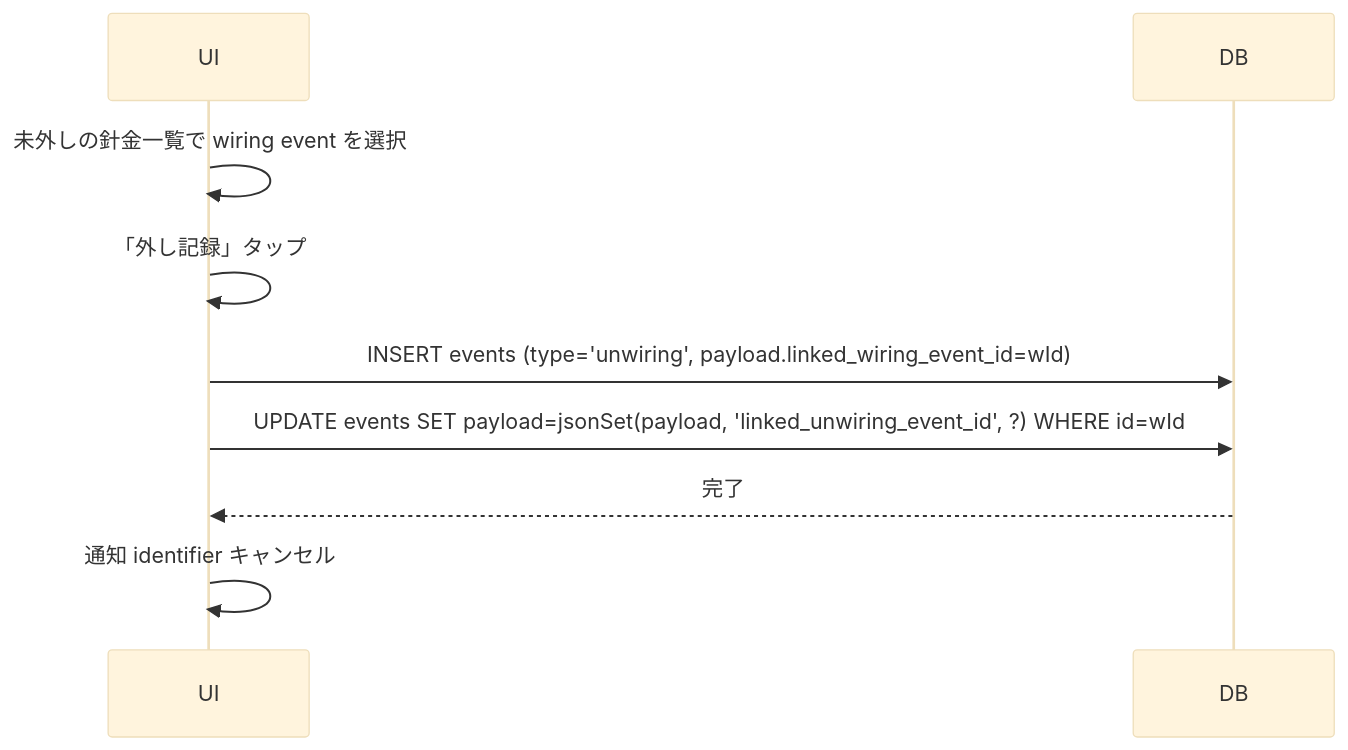
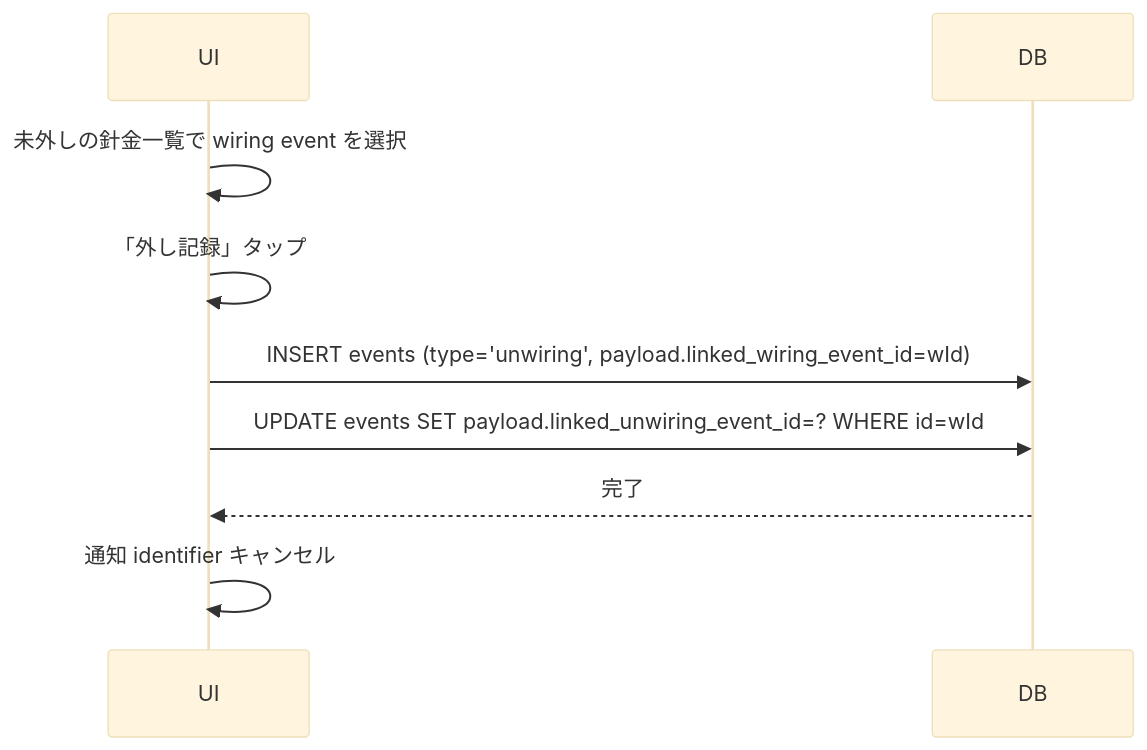
The fifth of 18 diagrams in docs/reference/functional_spec.md (doooooraku/BonsaiLog), drawn with Mermaid (base theme) before and after one commit. The commit also changed other lines of this file and 5 other files, not shown here.

````diff
--- a/docs/reference/functional_spec.md
+++ b/docs/reference/functional_spec.md
@@ -1253,11 +865,11 @@
 ```mermaid
 sequenceDiagram
   participant UI
   participant DB
   UI->>UI: 未外しの針金一覧で wiring event を選択
   UI->>UI: 「外し記録」タップ
   UI->>DB: INSERT events (type='unwiring', payload.linked_wiring_event_id=wId)
-  UI->>DB: UPDATE events SET payload=jsonSet(payload, 'linked_unwiring_event_id', ?) WHERE id=wId
+  UI->>DB: UPDATE events SET payload.linked_unwiring_event_id=? WHERE id=wId
   DB-->>UI: 完了
   UI->>UI: 通知 identifier キャンセル
 ```
````
